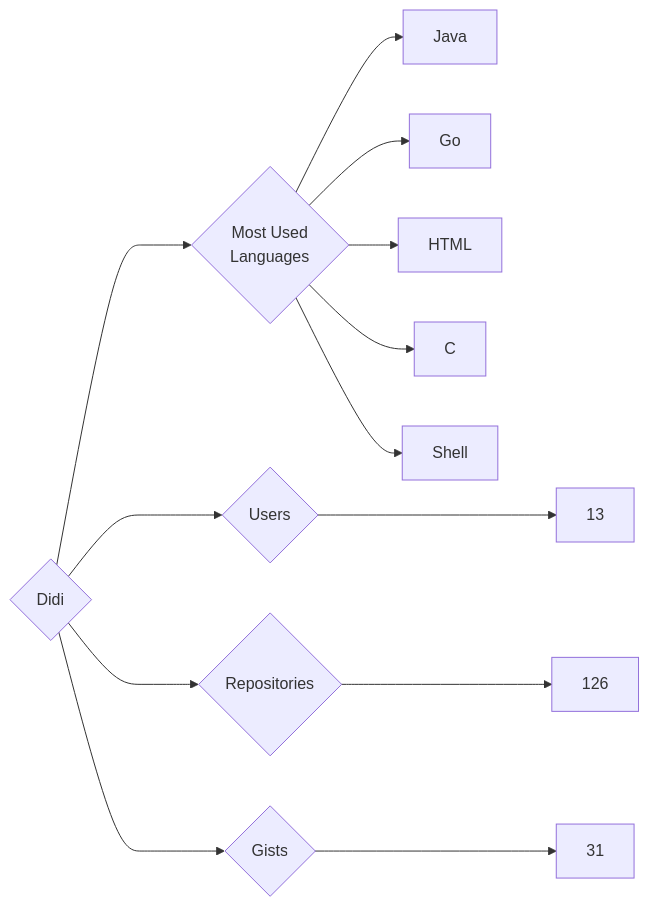
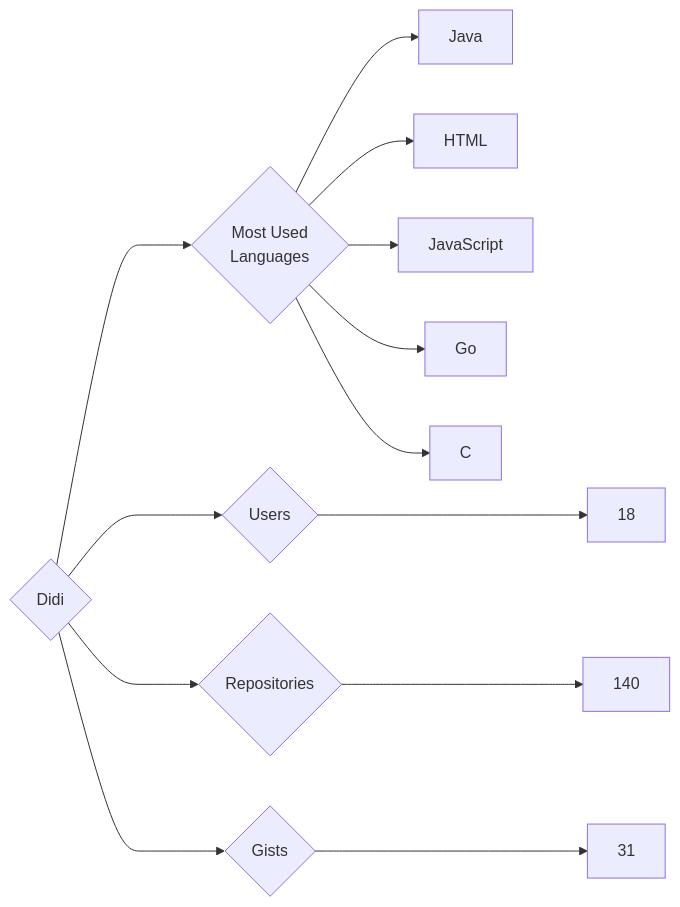
Before and after one commit to trickest/insiders: the diagram in targets/Didi/README.md, drawn with Mermaid. The commit also changed 1084 other files, not shown here.

````diff
--- a/targets/Didi/README.md
+++ b/targets/Didi/README.md
@@ -3,13 +3,13 @@
 ```mermaid
 graph LR
 COMPANY_NAME{Didi}
-COMPANY_NAME ---> U{Users} ---> UN[13]
-COMPANY_NAME ---> R{Repositories} ---> RN[126]
+COMPANY_NAME ---> U{Users} ---> UN[18]
+COMPANY_NAME ---> R{Repositories} ---> RN[140]
 COMPANY_NAME ---> G{Gists} ---> GN[31]
 COMPANY_NAME ---> ML{Most Used<br>Languages}
 ML --> Java[Java]
+ML --> HTML[HTML]
+ML --> JavaScript[JavaScript]
 ML --> Go[Go]
-ML --> HTML[HTML]
 ML --> C[C]
-ML --> Shell[Shell]
 ```
````
